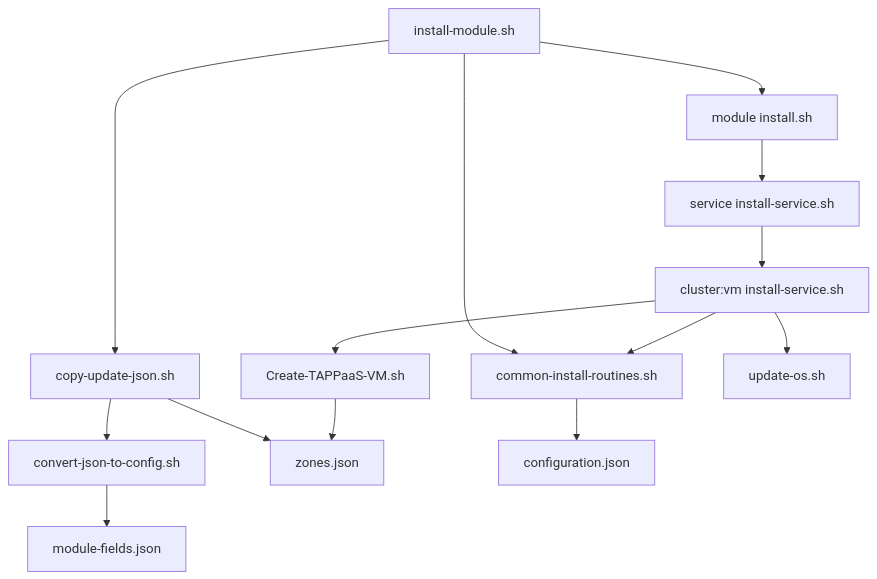
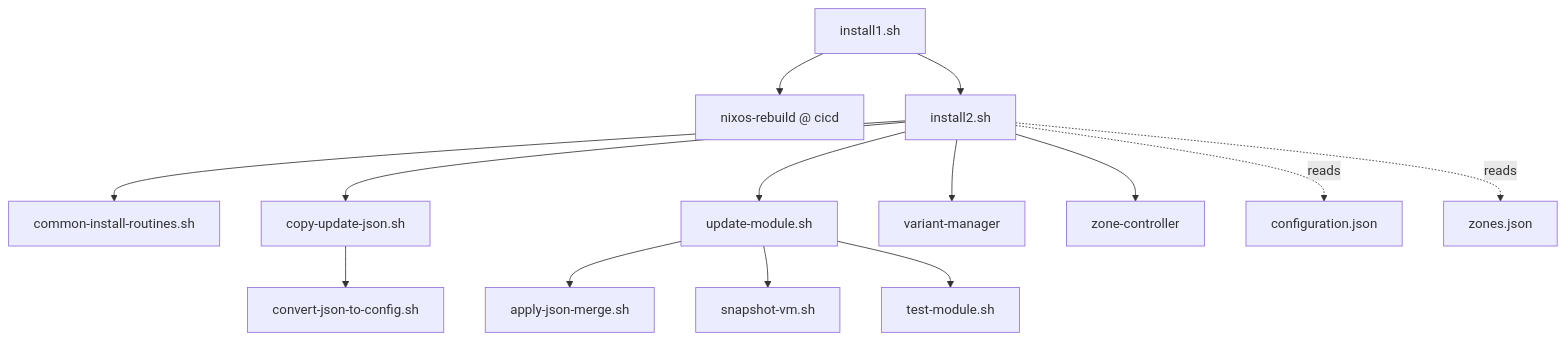
One commit to TAPPaaS/TAPPaaS changed the first of 6 diagrams in src/foundation/DEPENDENCIES.md. Above: the diagram before and after it, drawn with Mermaid. The commit also changed other lines of this file and 3 other files, not shown here.

First line of the commit message:
S0 complete: tappaas-cicd manager/controller reorg (P4-structure)

````diff
--- a/src/foundation/DEPENDENCIES.md
+++ b/src/foundation/DEPENDENCIES.md
@@ -189,16 +116,16 @@
 ```mermaid
 graph TD
-    A["install-module.sh"] --> B["common-install-routines.sh"]
-    A --> C["copy-update-json.sh"]
-    A --> D["module install.sh"]
-    C --> K["convert-json-to-config.sh"]
-    K --> E["module-fields.json"]
-    C --> F["zones.json"]
-    D --> G["service install-service.sh"]
-    G --> H["cluster:vm install-service.sh"]
-    H --> B
-    H --> I["Create-TAPPaaS-VM.sh"]
-    H --> U["update-os.sh"]
-    I --> F
-    B --> J["configuration.json"]
+    I1["install1.sh"] --> RB["nixos-rebuild #64; cicd"]
+    I1 --> I2["install2.sh"]
+    I2 --> CIR["common-install-routines.sh"]
+    I2 --> CUJ["copy-update-json.sh"]
+    I2 --> UM["update-module.sh"]
+    I2 --> VM["variant-manager"]
+    I2 --> ZC["zone-controller"]
+    CUJ --> CJC["convert-json-to-config.sh"]
+    UM --> AJM["apply-json-merge.sh"]
+    UM --> SV["snapshot-vm.sh"]
+    UM --> TM["test-module.sh"]
+    I2 -.reads.-> CFG["configuration.json"]
+    I2 -.reads.-> ZN["zones.json"]
 ```
````
